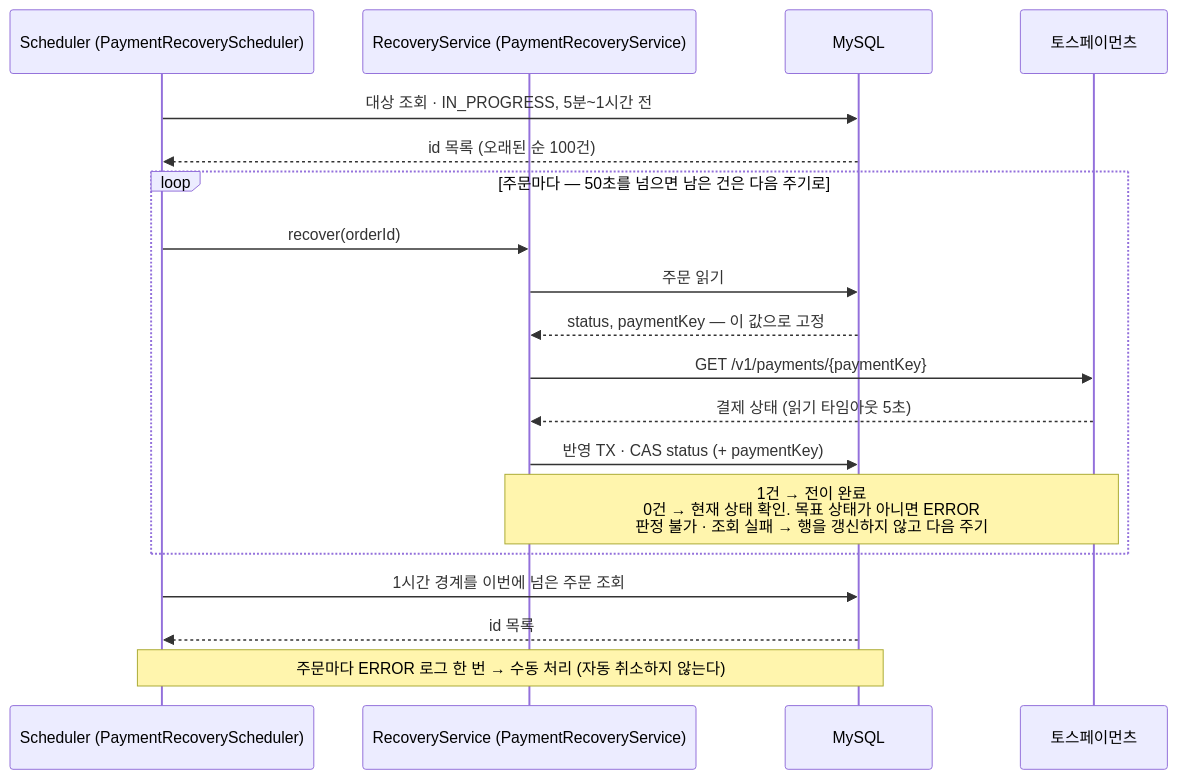
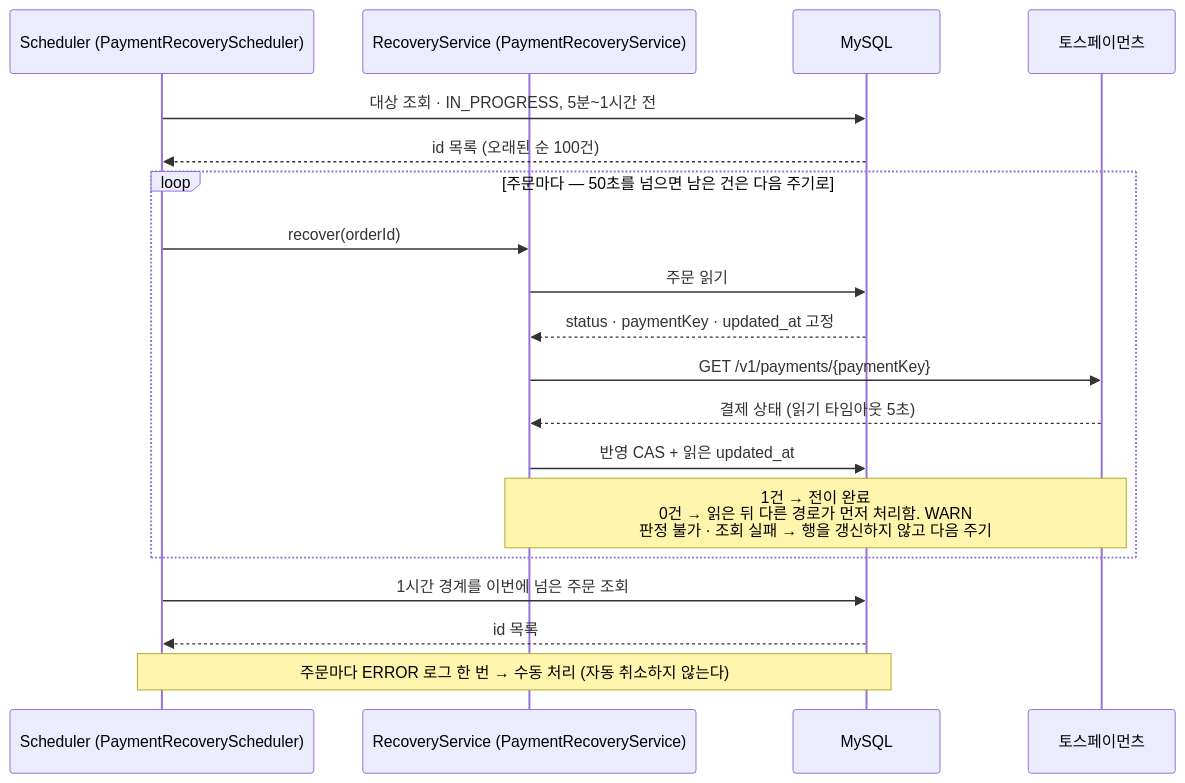
The diagram in docs/diagrams/purchase/seq-payment-recovery.md (ComeUs-HUB/ComeUs-Server), drawn with Mermaid before and after one commit. The commit also changed other lines of this file and 6 other files, not shown here.

````diff
--- a/docs/diagrams/purchase/seq-payment-recovery.md
+++ b/docs/diagrams/purchase/seq-payment-recovery.md
@@ -14,22 +14,22 @@
 ```mermaid
 sequenceDiagram
     participant J as Scheduler (PaymentRecoveryScheduler)
     participant S as RecoveryService (PaymentRecoveryService)
     participant M as MySQL
     participant T as 토스페이먼츠
 
     J->>M: 대상 조회 · IN_PROGRESS, 5분~1시간 전
     M-->>J: id 목록 (오래된 순 100건)
     loop 주문마다 — 50초를 넘으면 남은 건은 다음 주기로
         J->>S: recover(orderId)
         S->>M: 주문 읽기
-        M-->>S: status, paymentKey — 이 값으로 고정
+        M-->>S: status · paymentKey · updated_at 고정
         S->>T: GET /v1/payments/{paymentKey}
         T-->>S: 결제 상태 (읽기 타임아웃 5초)
-        S->>M: 반영 TX · CAS status (+ paymentKey)
-        Note over S,T: 1건 → 전이 완료<br/>0건 → 현재 상태 확인. 목표 상태가 아니면 ERROR<br/>판정 불가 · 조회 실패 → 행을 갱신하지 않고 다음 주기
+        S->>M: 반영 CAS + 읽은 updated_at
+        Note over S,T: 1건 → 전이 완료<br/>0건 → 읽은 뒤 다른 경로가 먼저 처리함. WARN<br/>판정 불가 · 조회 실패 → 행을 갱신하지 않고 다음 주기
     end
     J->>M: 1시간 경계를 이번에 넘은 주문 조회
     M-->>J: id 목록
     Note over J,M: 주문마다 ERROR 로그 한 번 → 수동 처리 (자동 취소하지 않는다)
 ```
````
